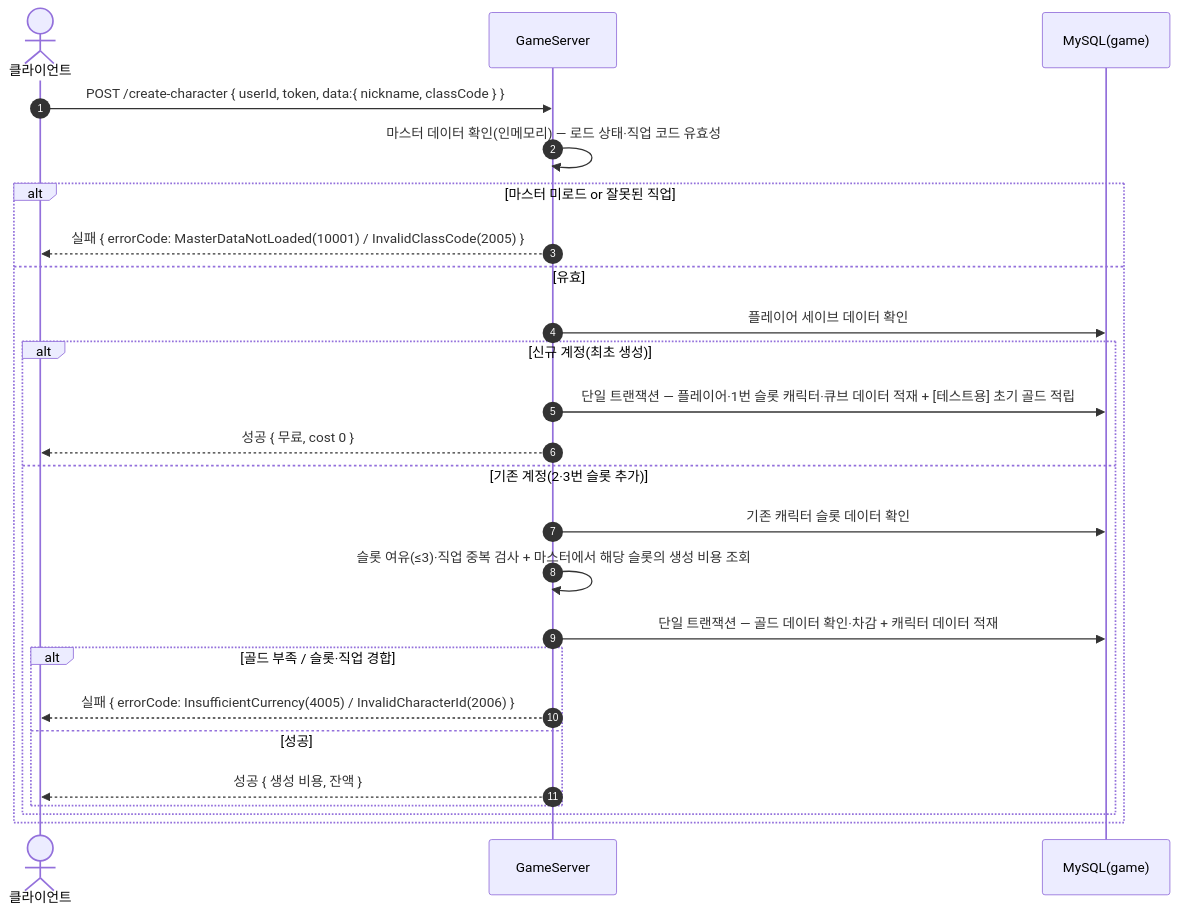
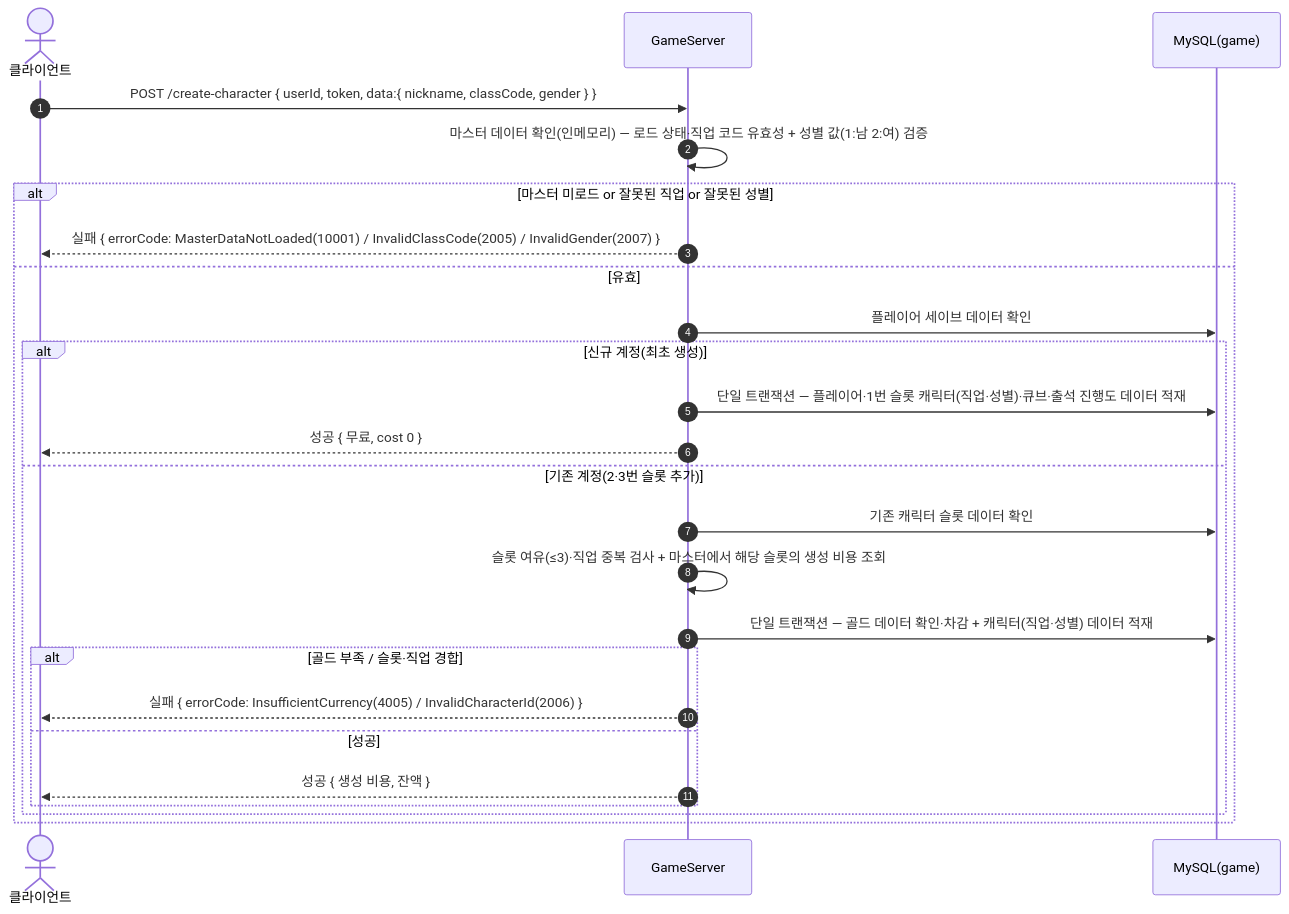
One commit to ks-wook/com2us-taskbar-hero changed the sixth of 32 diagrams in SequenceDiagram/README.md. Above: the diagram before and after it, drawn with Mermaid. The commit also changed 14 other files, not shown here.

````diff
--- a/SequenceDiagram/README.md
+++ b/SequenceDiagram/README.md
@@ -200,28 +200,28 @@
 ```mermaid
 sequenceDiagram
     autonumber
     actor C as 클라이언트
     participant S as GameServer
     participant DB as MySQL(game)
 
-    C->>S: POST /create-character { userId, token, data:{ nickname, classCode } }
-    S->>S: 마스터 데이터 확인(인메모리) — 로드 상태·직업 코드 유효성
-    alt 마스터 미로드 or 잘못된 직업
-        S-->>C: 실패 { errorCode: MasterDataNotLoaded(10001) / InvalidClassCode(2005) }
+    C->>S: POST /create-character { userId, token, data:{ nickname, classCode, gender } }
+    S->>S: 마스터 데이터 확인(인메모리) — 로드 상태·직업 코드 유효성 + 성별 값(1:남 2:여) 검증
+    alt 마스터 미로드 or 잘못된 직업 or 잘못된 성별
+        S-->>C: 실패 { errorCode: MasterDataNotLoaded(10001) / InvalidClassCode(2005) / InvalidGender(2007) }
     else 유효
         S->>DB: 플레이어 세이브 데이터 확인
         alt 신규 계정(최초 생성)
-            S->>DB: 단일 트랜잭션 — 플레이어·1번 슬롯 캐릭터·큐브 데이터 적재 + [테스트용] 초기 골드 적립
+            S->>DB: 단일 트랜잭션 — 플레이어·1번 슬롯 캐릭터(직업·성별)·큐브·출석 진행도 데이터 적재
             S-->>C: 성공 { 무료, cost 0 }
         else 기존 계정(2·3번 슬롯 추가)
             S->>DB: 기존 캐릭터 슬롯 데이터 확인
             S->>S: 슬롯 여유(≤3)·직업 중복 검사 + 마스터에서 해당 슬롯의 생성 비용 조회
-            S->>DB: 단일 트랜잭션 — 골드 데이터 확인·차감 + 캐릭터 데이터 적재
+            S->>DB: 단일 트랜잭션 — 골드 데이터 확인·차감 + 캐릭터(직업·성별) 데이터 적재
             alt 골드 부족 / 슬롯·직업 경합
                 S-->>C: 실패 { errorCode: InsufficientCurrency(4005) / InvalidCharacterId(2006) }
             else 성공
                 S-->>C: 성공 { 생성 비용, 잔액 }
             end
         end
     end
 ```
````
